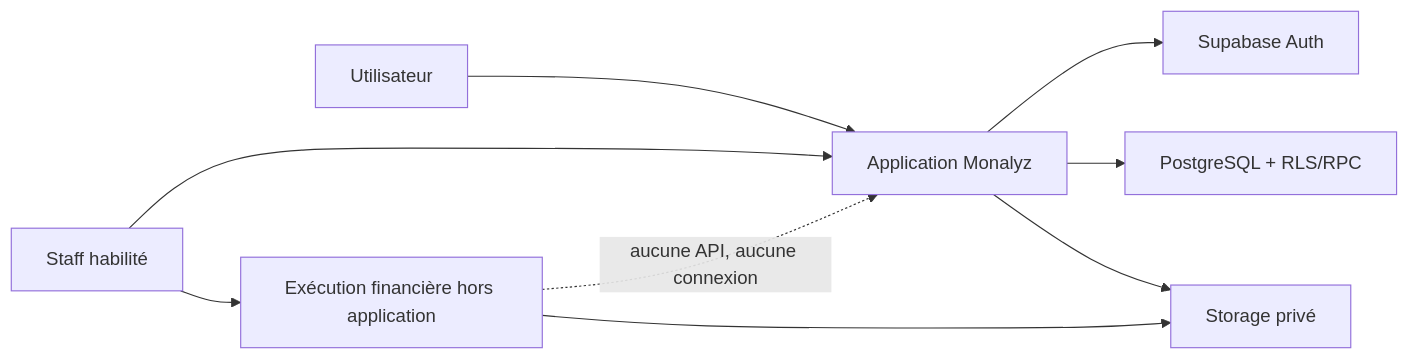
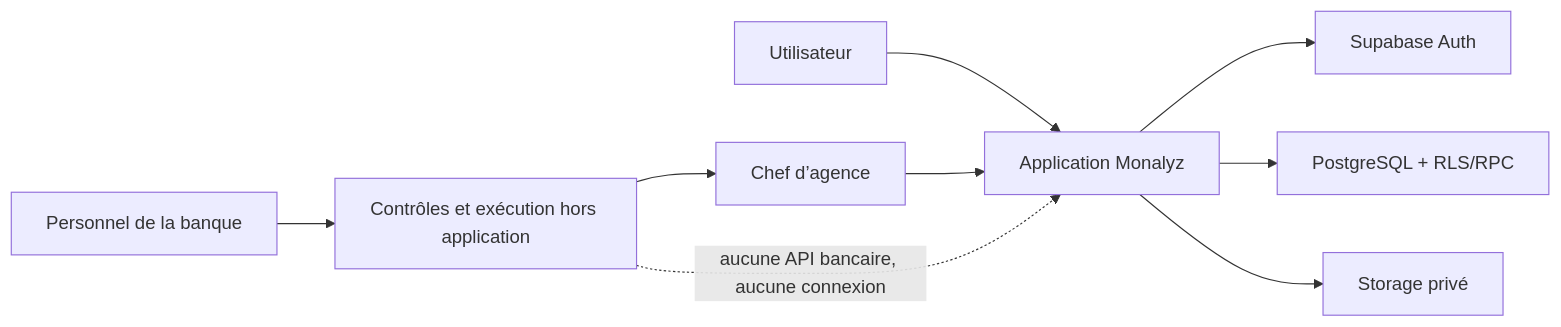
Before and after one commit to kalybanky-jpg/kalybank: the diagram in docs/architecture.md, drawn with Mermaid. The commit also changed other lines of this file and 64 other files, not shown here.

Commit message:
feat: simplifier les flux du chef d'agence

````diff
--- a/docs/architecture.md
+++ b/docs/architecture.md
@@ -15,11 +17,11 @@
 ```mermaid
 flowchart LR
   U["Utilisateur"] --> N["Application Monalyz"]
-  S["Staff habilité"] --> N
+  C["Chef d’agence"] --> N
   N --> A["Supabase Auth"]
   N --> D["PostgreSQL + RLS/RPC"]
   N --> P["Storage privé"]
-  S --> X["Exécution financière hors application"]
-  X --> P
-  X -. "aucune API, aucune connexion" .-> N
+  B["Personnel de la banque"] --> X["Contrôles et exécution hors application"]
+  X --> C
+  X -. "aucune API bancaire, aucune connexion" .-> N
 ```
````
